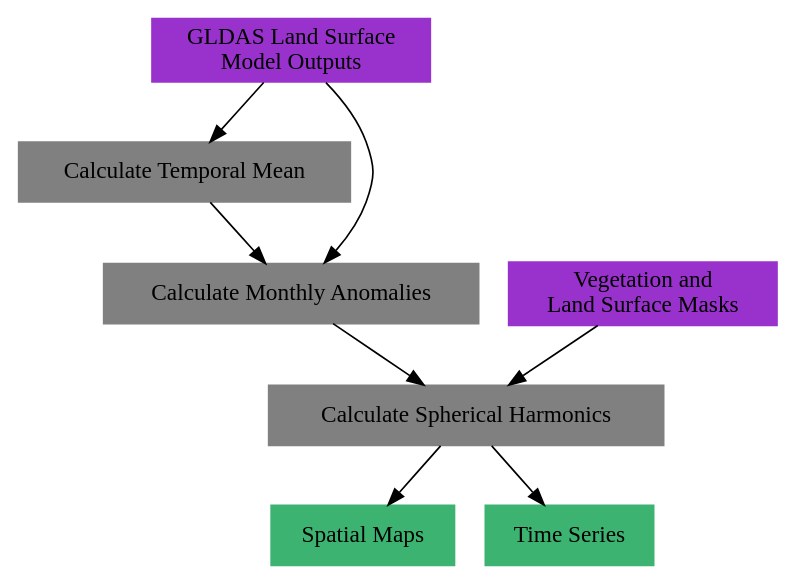
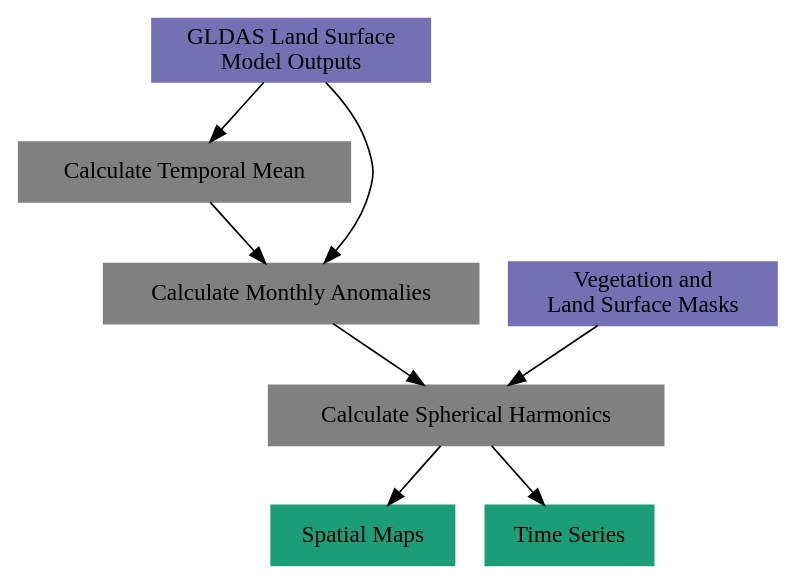
The second of 5 diagrams in doc/source/getting_started/Overview.rst (tsutterley/model-harmonics), drawn with Graphviz before and after one commit. The commit also changed other lines of this file and 6 other files, not shown here.

```diff
--- a/doc/source/getting_started/Overview.rst
+++ b/doc/source/getting_started/Overview.rst
@@ -90,25 +90,25 @@
 .. graphviz::
     :caption: GLDAS Spherical Harmonics Framework
     :align: center
 
     digraph {
-        E [label="GLDAS Land Surface\nModel Outputs" shape=box style="filled" color="darkorchid"]
-        L [label="Vegetation and\nLand Surface Masks" shape=box style="filled" color="darkorchid"]
+        E [label="GLDAS Land Surface\nModel Outputs" shape=box style="filled" color="#7570b3"]
+        L [label="Vegetation and\nLand Surface Masks" shape=box style="filled" color="#7570b3"]
         M [URL="https://github.com/tsutterley/model-harmonics/blob/main/GLDAS/gldas_mean_monthly.py"
             label="Calculate Temporal Mean" shape=box style="filled" color="gray"]
         R [URL="https://github.com/tsutterley/model-harmonics/blob/main/GLDAS/gldas_read_monthly.py"
             label="Calculate Monthly Anomalies" shape=box style="filled" color="gray"]
         H [URL="https://github.com/tsutterley/model-harmonics/blob/main/GLDAS/gldas_monthly_harmonics.py"
             label="Calculate Spherical Harmonics" shape=box style="filled" color="gray"]
-        S [URL="https://github.com/tsutterley/read-GRACE-harmonics/blob/main/scripts/combine_harmonics.py"
-            label="Spatial Maps" shape=box style="filled" color="mediumseagreen"]
+        S [URL="https://github.com/tsutterley/gravity-toolkit/blob/main/scripts/combine_harmonics.py"
+            label="Spatial Maps" shape=box style="filled" color="#1b9e77"]
         T [URL="https://github.com/tsutterley/model-harmonics/blob/main/scripts/least_squares_mascon_timeseries.py"
-            label="Time Series" shape=box style="filled" color="mediumseagreen"]
+            label="Time Series" shape=box style="filled" color="#1b9e77"]
         E -> M
         E -> R
         M -> R
         R -> H
         L -> H
         H -> S
         H -> T
     }
```
